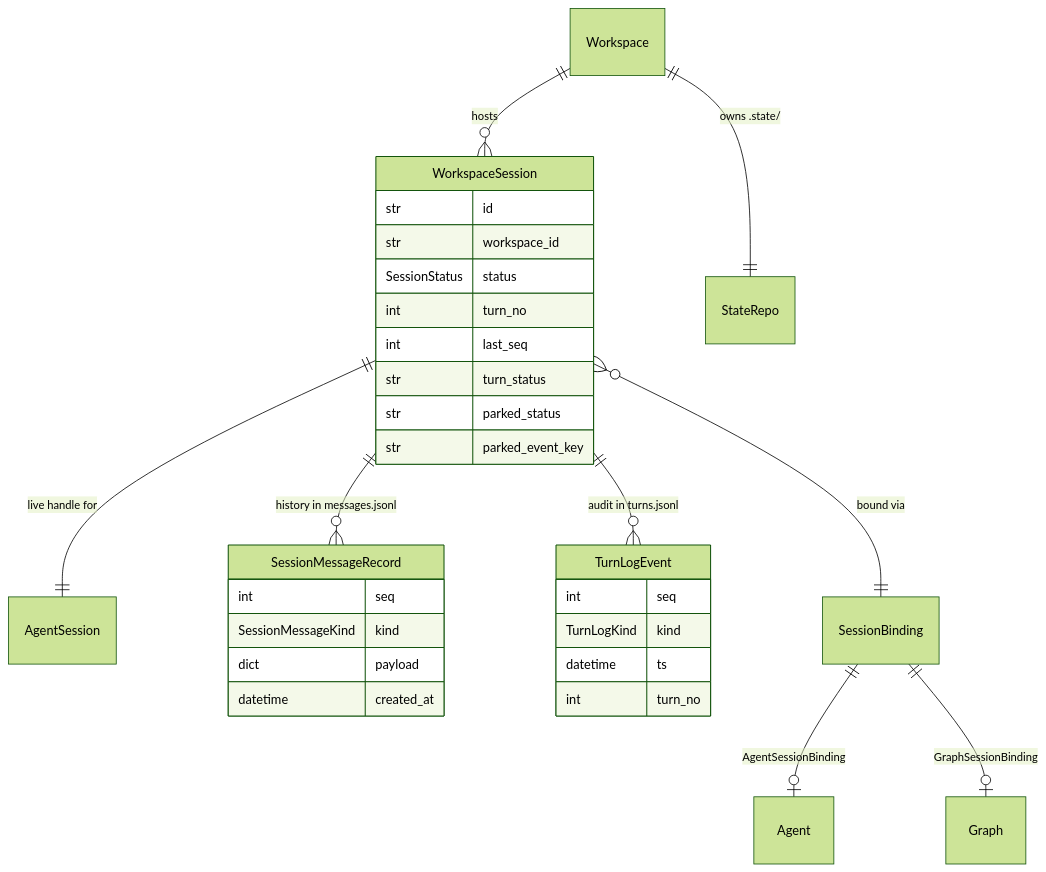
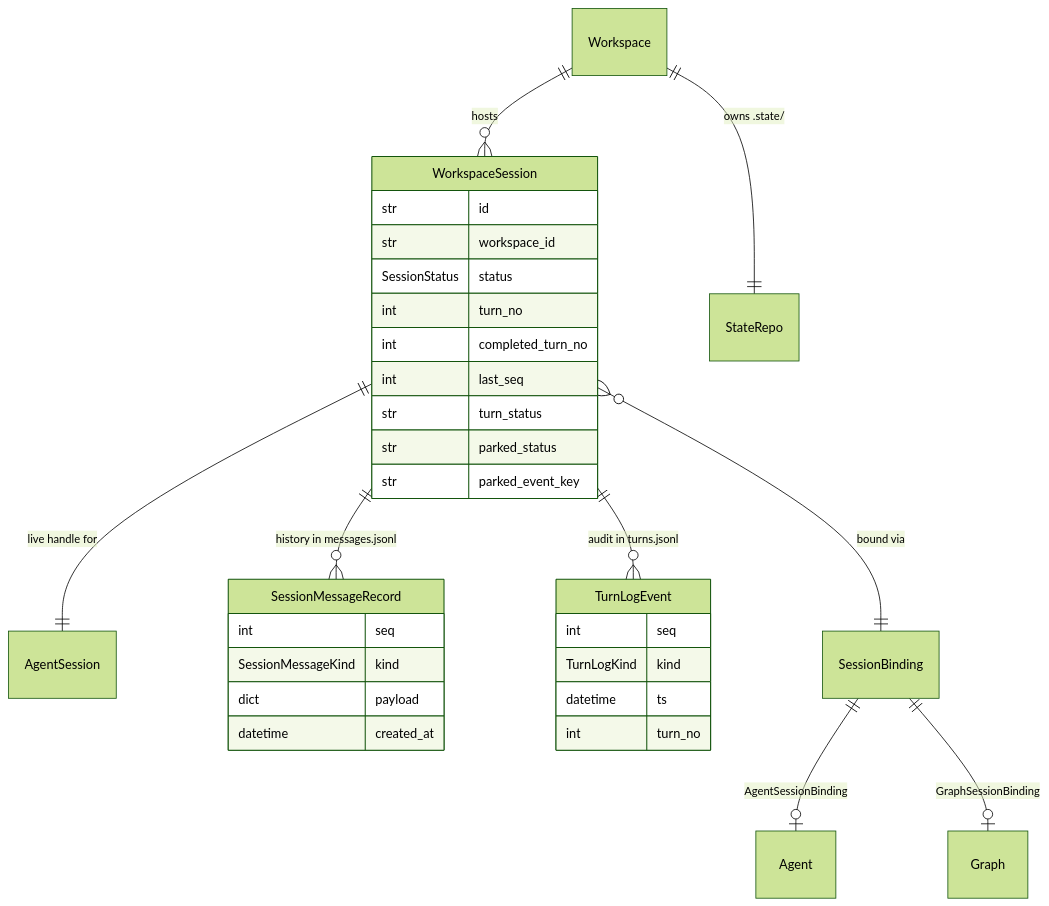
The first of 3 diagrams in docs/dev/subsystems/sessions.md (primerhq/primer), drawn with Mermaid (forest theme) before and after one commit. The commit also changed other lines of this file and 3 other files, not shown here.

First line of the commit message:
feat(session): a completed turn records completed_turn_no before its release

````diff
--- a/docs/dev/subsystems/sessions.md
+++ b/docs/dev/subsystems/sessions.md
@@ -102,34 +102,35 @@
 ```mermaid
 erDiagram
     WorkspaceSession ||--|| AgentSession : "live handle for"
     WorkspaceSession ||--o{ SessionMessageRecord : "history in messages.jsonl"
     WorkspaceSession ||--o{ TurnLogEvent : "audit in turns.jsonl"
     Workspace ||--o{ WorkspaceSession : "hosts"
     Workspace ||--|| StateRepo : "owns .state/"
     WorkspaceSession }o--|| SessionBinding : "bound via"
     SessionBinding ||--o| Agent : "AgentSessionBinding"
     SessionBinding ||--o| Graph : "GraphSessionBinding"
 
     WorkspaceSession {
         str id
         str workspace_id
         SessionStatus status
         int turn_no
+        int completed_turn_no
         int last_seq
         str turn_status
         str parked_status
         str parked_event_key
     }
     SessionMessageRecord {
         int seq
         SessionMessageKind kind
         dict payload
         datetime created_at
     }
     TurnLogEvent {
         int seq
         TurnLogKind kind
         datetime ts
         int turn_no
     }
 ```
````
